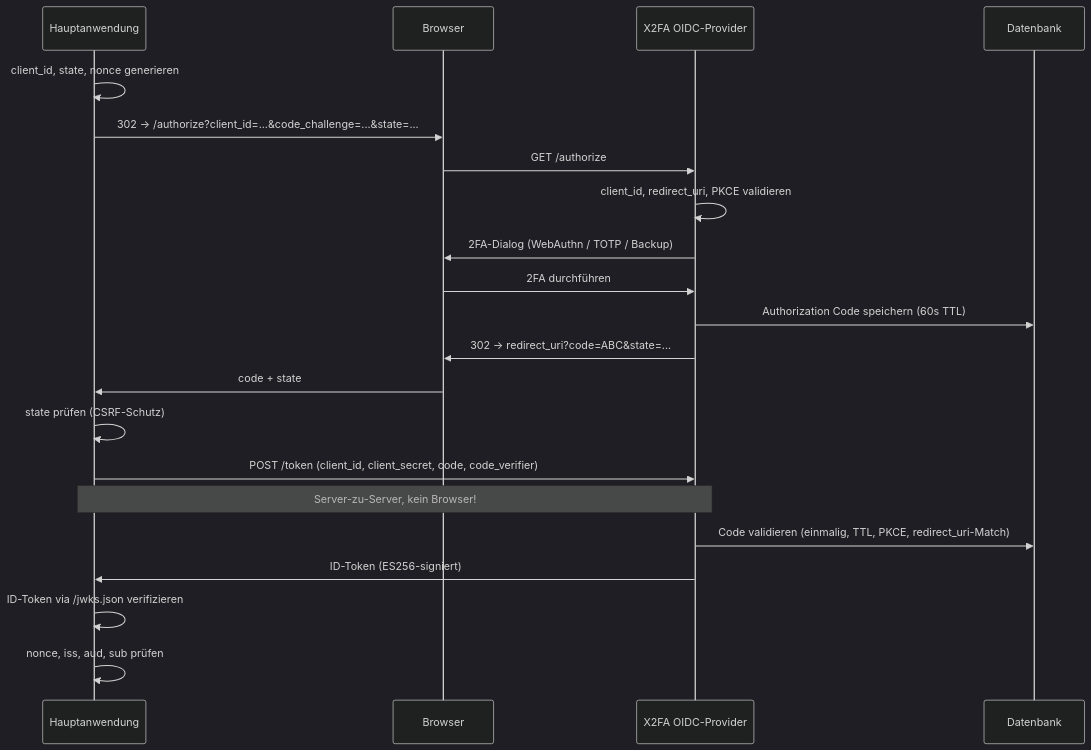
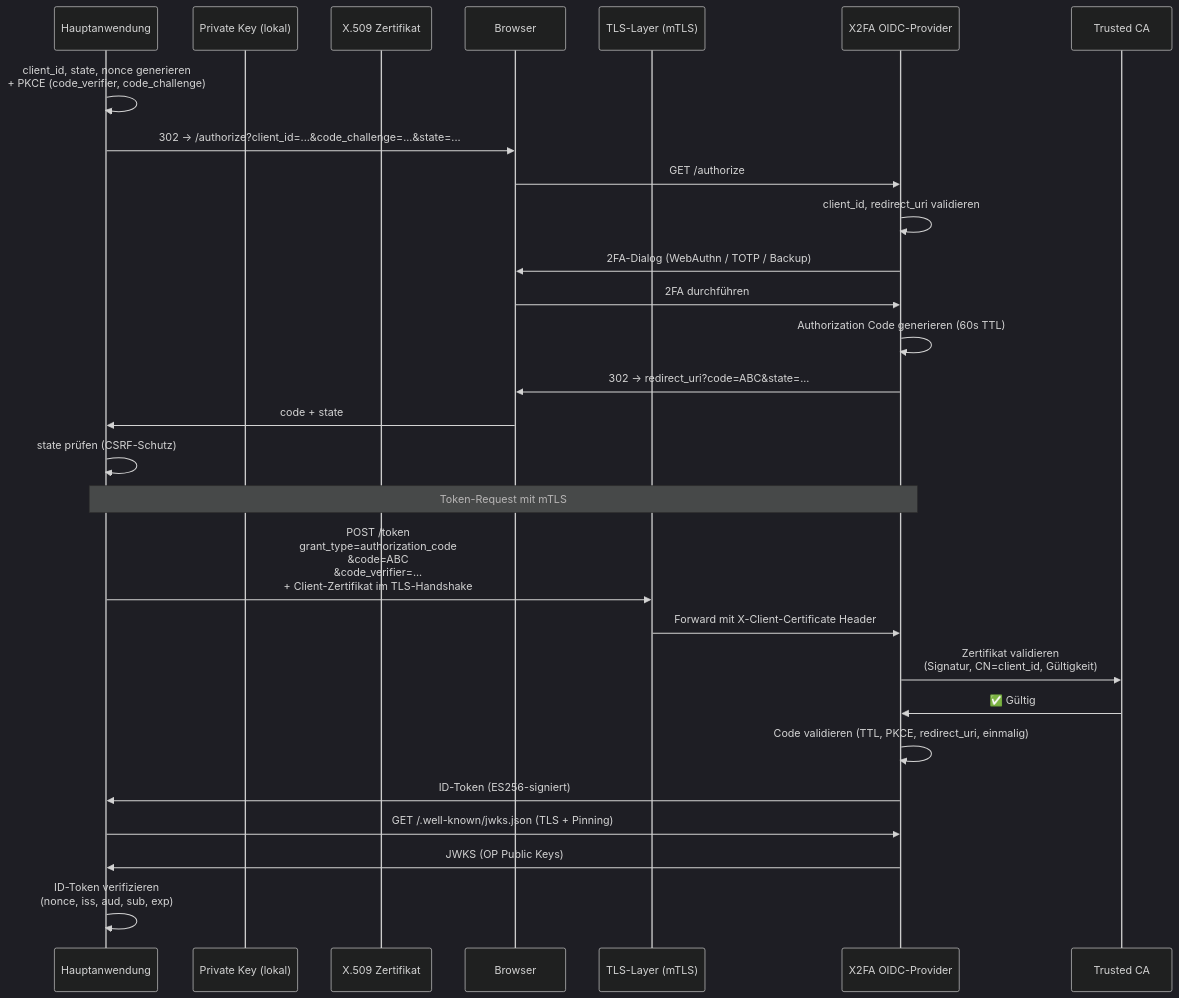
Before and after one commit to Inqbus/x2fa: the second of 2 diagrams in docs/x2fa_architecture_concept.md, drawn with Mermaid (dark theme). The commit also changed other lines of this file, not shown here.

Commit message:
New architecture concept without shred secrets using mTLS and PKI for trust.

````diff
--- a/docs/x2fa_architecture_concept.md
+++ b/docs/x2fa_architecture_concept.md
@@ -576,24 +692,34 @@
 ```mermaid
 sequenceDiagram
     participant App as Hauptanwendung
+    participant Key as Private Key (lokal)
+    participant Cert as X.509 Zertifikat
     participant Browser as Browser
+    participant TLS as TLS-Layer (mTLS)
     participant X2FA as X2FA OIDC-Provider
-    participant DB as Datenbank
+    participant CA as Trusted CA
 
-    App->>App: client_id, state, nonce generieren
+    App->>App: client_id, state, nonce generieren<br/>+ PKCE (code_verifier, code_challenge)
     App->>Browser: 302 → /authorize?client_id=...&code_challenge=...&state=...
     Browser->>X2FA: GET /authorize
-    X2FA->>X2FA: client_id, redirect_uri, PKCE validieren
+    X2FA->>X2FA: client_id, redirect_uri validieren
     X2FA->>Browser: 2FA-Dialog (WebAuthn / TOTP / Backup)
     Browser->>X2FA: 2FA durchführen
-    X2FA->>DB: Authorization Code speichern (60s TTL)
+    X2FA->>X2FA: Authorization Code generieren (60s TTL)
     X2FA->>Browser: 302 → redirect_uri?code=ABC&state=...
     Browser->>App: code + state
     App->>App: state prüfen (CSRF-Schutz)
-    App->>X2FA: POST /token (client_id, client_secret, code, code_verifier)
-    Note over App,X2FA: Server-zu-Server, kein Browser!
-    X2FA->>DB: Code validieren (einmalig, TTL, PKCE, redirect_uri-Match)
+    
+    Note over App,X2FA: Token-Request mit mTLS
+    
+    App->>TLS: POST /token<br/>grant_type=authorization_code<br/>&code=ABC<br/>&code_verifier=...<br/>+ Client-Zertifikat im TLS-Handshake
+    TLS->>X2FA: Forward mit X-Client-Certificate Header
+    X2FA->>CA: Zertifikat validieren<br/>(Signatur, CN=client_id, Gültigkeit)
+    CA->>X2FA: ✅ Gültig
+    X2FA->>X2FA: Code validieren (TTL, PKCE, redirect_uri, einmalig)
     X2FA->>App: ID-Token (ES256-signiert)
-    App->>App: ID-Token via /jwks.json verifizieren
-    App->>App: nonce, iss, aud, sub prüfen
+    
+    App->>X2FA: GET /.well-known/jwks.json (TLS + Pinning)
+    X2FA->>App: JWKS (OP Public Keys)
+    App->>App: ID-Token verifizieren<br/>(nonce, iss, aud, sub, exp)
 ```
````
